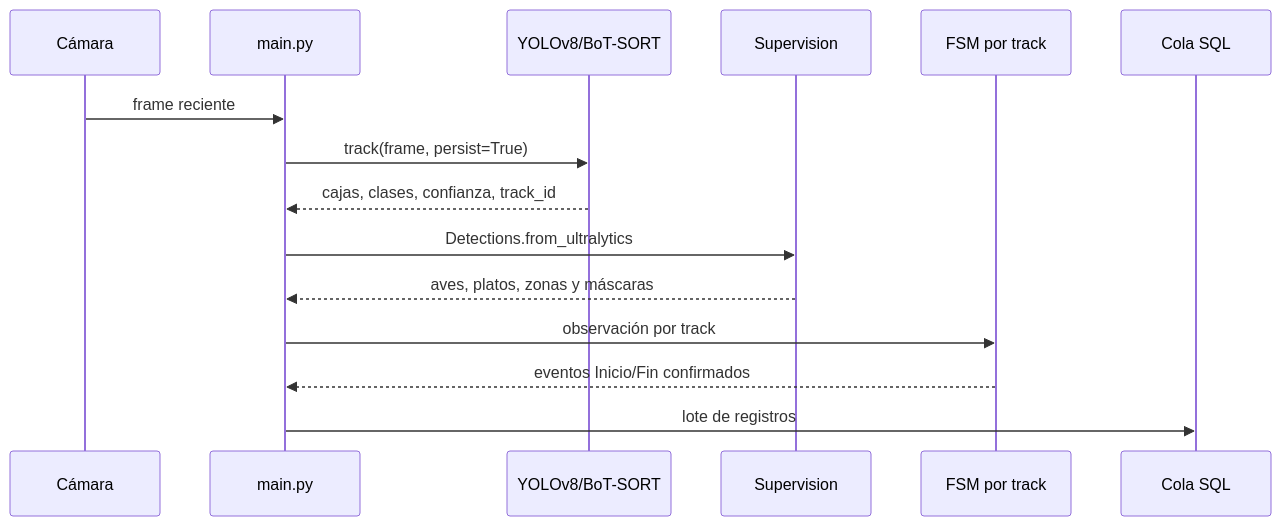
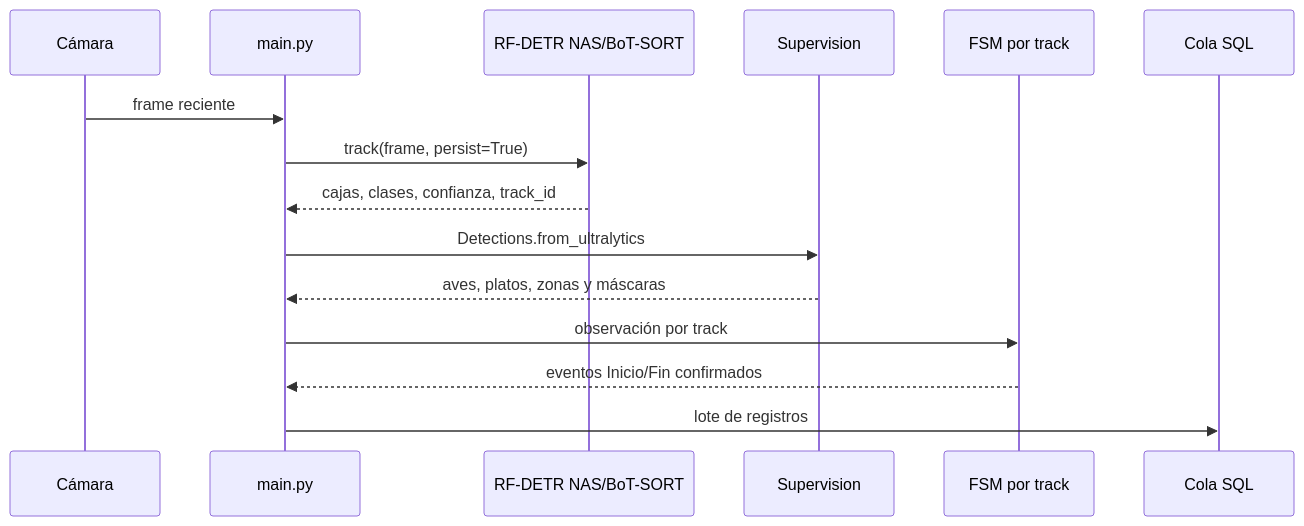
Before and after one commit to matiisnothere-15/CamaraNinfa: the diagram in docs/ARQUITECTURA.md, drawn with Mermaid. The commit also changed other lines of this file and 82 other files, not shown here.

````diff
--- a/docs/ARQUITECTURA.md
+++ b/docs/ARQUITECTURA.md
@@ -16,18 +16,18 @@
 ```mermaid
 sequenceDiagram
     participant C as Cámara
     participant M as main.py
-    participant Y as YOLOv8/BoT-SORT
+    participant Y as RF-DETR NAS/BoT-SORT
     participant S as Supervision
     participant F as FSM por track
     participant Q as Cola SQL
 
     C->>M: frame reciente
     M->>Y: track(frame, persist=True)
     Y-->>M: cajas, clases, confianza, track_id
     M->>S: Detections.from_ultralytics
     S-->>M: aves, platos, zonas y máscaras
     M->>F: observación por track
     F-->>M: eventos Inicio/Fin confirmados
     M->>Q: lote de registros
 ```
````
